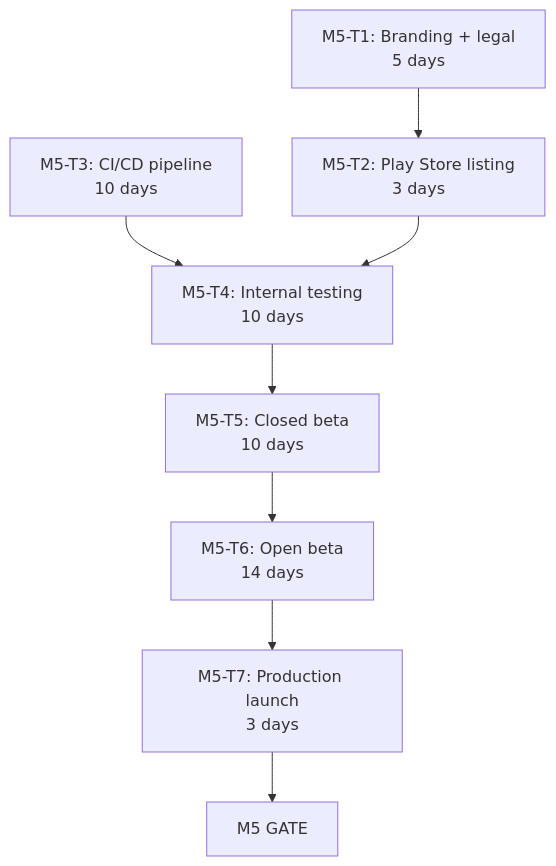
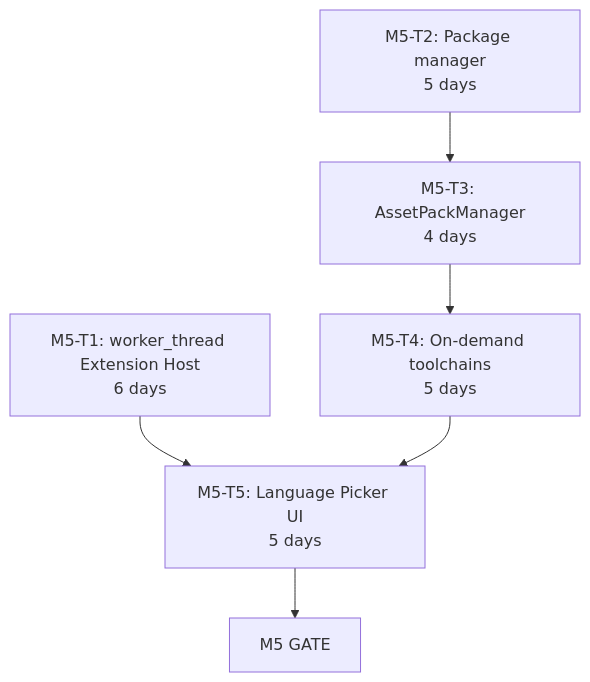
Before and after one commit to rmyndharis/VSCodroid: the eighth of 9 diagrams in docs/12-IMPLEMENTATION_PLAN.md, drawn with Mermaid. The commit also changed other lines of this file, not shown here.

````diff
--- a/docs/12-IMPLEMENTATION_PLAN.md
+++ b/docs/12-IMPLEMENTATION_PLAN.md
@@ -1772,10 +1784,8 @@
 ```mermaid
 flowchart TD
-  M5T1["M5-T1: Branding + legal<br/>5 days"] --> M5T2["M5-T2: Play Store listing<br/>3 days"]
-  M5T3["M5-T3: CI/CD pipeline<br/>10 days"] --> M5T4["M5-T4: Internal testing<br/>10 days"]
-  M5T2 --> M5T4
-  M5T4 --> M5T5["M5-T5: Closed beta<br/>10 days"]
-  M5T5 --> M5T6["M5-T6: Open beta<br/>14 days"]
-  M5T6 --> M5T7["M5-T7: Production launch<br/>3 days"]
-  M5T7 --> M5GATE["M5 GATE"]
+  M5T1["M5-T1: worker_thread Extension Host<br/>6 days"] --> M5T5["M5-T5: Language Picker UI<br/>5 days"]
+  M5T2["M5-T2: Package manager<br/>5 days"] --> M5T3["M5-T3: AssetPackManager<br/>4 days"]
+  M5T3 --> M5T4["M5-T4: On-demand toolchains<br/>5 days"]
+  M5T4 --> M5T5
+  M5T5 --> M5GATE["M5 GATE"]
 ```
````
